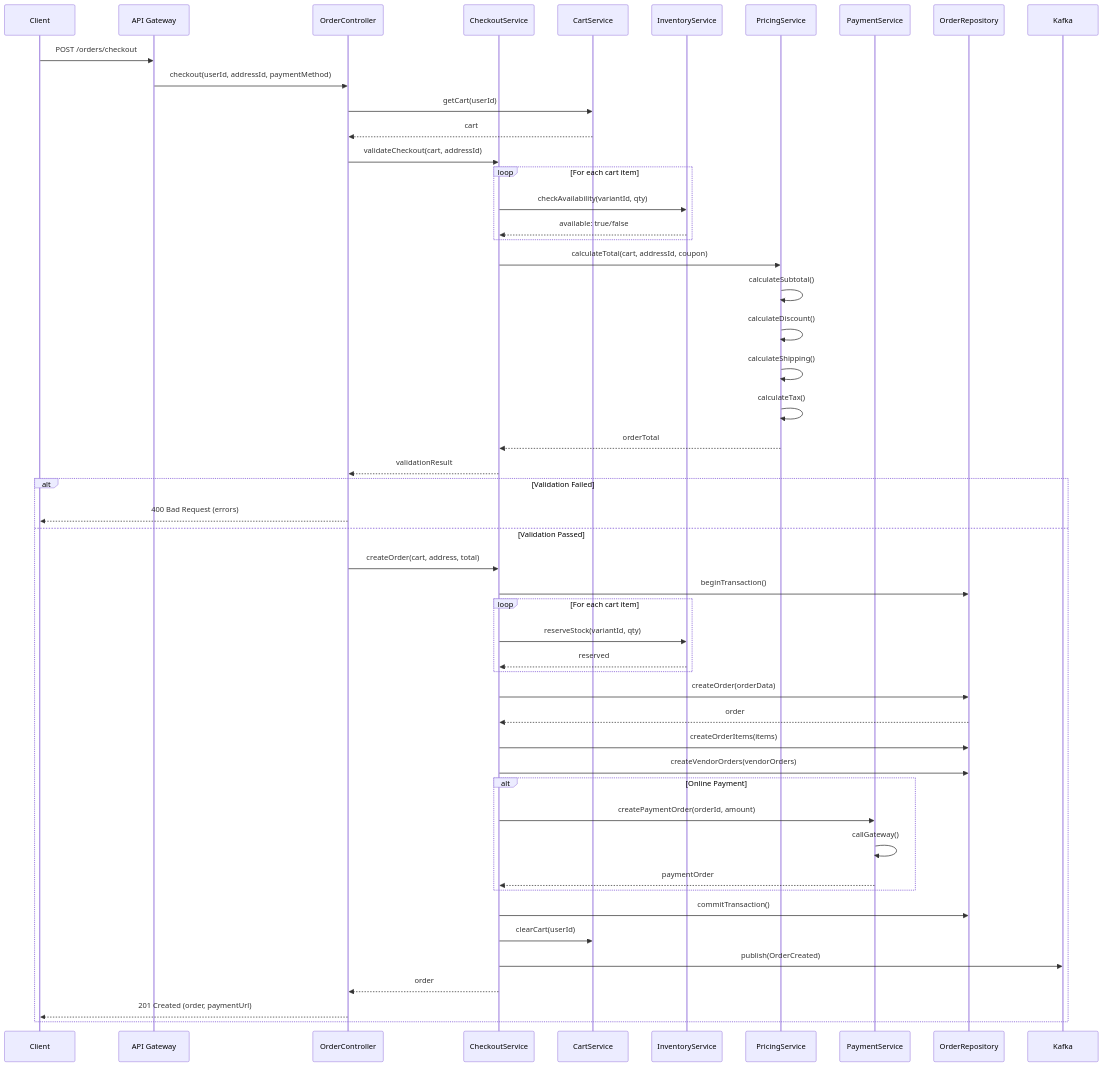
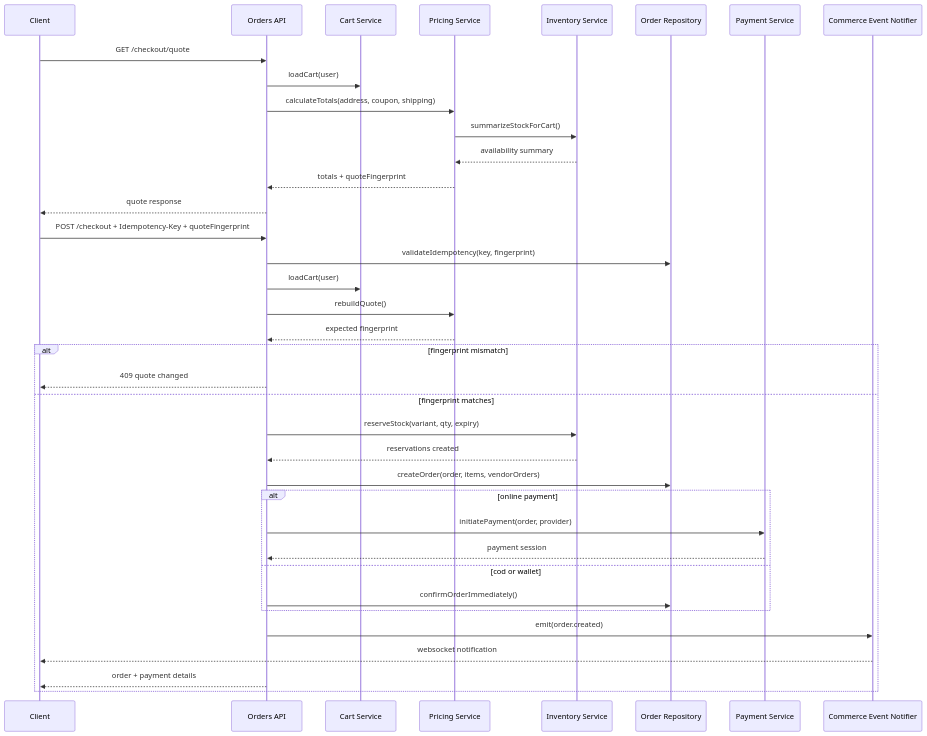
The first of 6 diagrams in docs/system-design/detailed-design/sequence-diagrams.md (0Ankit0/e-commerce), drawn with Mermaid before and after one commit. The commit also changed other lines of this file and 24 other files, not shown here.

````diff
--- a/docs/system-design/detailed-design/sequence-diagrams.md
+++ b/docs/system-design/detailed-design/sequence-diagrams.md
@@ -10,68 +10,44 @@
 ```mermaid
 sequenceDiagram
     participant Client
-    participant Gateway as API Gateway
-    participant OrderCtrl as OrderController
-    participant CheckoutSvc as CheckoutService
-    participant CartSvc as CartService
-    participant InventorySvc as InventoryService
-    participant PricingSvc as PricingService
-    participant PaymentSvc as PaymentService
-    participant OrderRepo as OrderRepository
-    participant EventBus as Kafka
+    participant API as Orders API
+    participant Cart as Cart Service
+    participant Pricing as Pricing Service
+    participant Inventory as Inventory Service
+    participant OrderRepo as Order Repository
+    participant Pay as Payment Service
+    participant Notify as Commerce Event Notifier
 
-    Client->>Gateway: POST /orders/checkout
-    Gateway->>OrderCtrl: checkout(userId, addressId, paymentMethod)
+    Client->>API: GET /checkout/quote
+    API->>Cart: loadCart(user)
+    API->>Pricing: calculateTotals(address, coupon, shipping)
+    Pricing->>Inventory: summarizeStockForCart()
+    Inventory-->>Pricing: availability summary
+    Pricing-->>API: totals + quoteFingerprint
+    API-->>Client: quote response
 
-    OrderCtrl->>CartSvc: getCart(userId)
-    CartSvc-->>OrderCtrl: cart
+    Client->>API: POST /checkout + Idempotency-Key + quoteFingerprint
+    API->>OrderRepo: validateIdempotency(key, fingerprint)
+    API->>Cart: loadCart(user)
+    API->>Pricing: rebuildQuote()
+    Pricing-->>API: expected fingerprint
 
-    OrderCtrl->>CheckoutSvc: validateCheckout(cart, addressId)
+    alt fingerprint mismatch
+        API-->>Client: 409 quote changed
+    else fingerprint matches
+        API->>Inventory: reserveStock(variant, qty, expiry)
+        Inventory-->>API: reservations created
+        API->>OrderRepo: createOrder(order, items, vendorOrders)
 
-    loop For each cart item
-        CheckoutSvc->>InventorySvc: checkAvailability(variantId, qty)
-        InventorySvc-->>CheckoutSvc: available: true/false
-    end
-
-    CheckoutSvc->>PricingSvc: calculateTotal(cart, addressId, coupon)
-    PricingSvc->>PricingSvc: calculateSubtotal()
-    PricingSvc->>PricingSvc: calculateDiscount()
-    PricingSvc->>PricingSvc: calculateShipping()
-    PricingSvc->>PricingSvc: calculateTax()
-    PricingSvc-->>CheckoutSvc: orderTotal
-
-    CheckoutSvc-->>OrderCtrl: validationResult
-
-    alt Validation Failed
-        OrderCtrl-->>Client: 400 Bad Request (errors)
-    else Validation Passed
-        OrderCtrl->>CheckoutSvc: createOrder(cart, address, total)
-
-        CheckoutSvc->>OrderRepo: beginTransaction()
-
-        loop For each cart item
-            CheckoutSvc->>InventorySvc: reserveStock(variantId, qty)
-            InventorySvc-->>CheckoutSvc: reserved
+        alt online payment
+            API->>Pay: initiatePayment(order, provider)
+            Pay-->>API: payment session
+        else cod or wallet
+            API->>OrderRepo: confirmOrderImmediately()
         end
 
-        CheckoutSvc->>OrderRepo: createOrder(orderData)
-        OrderRepo-->>CheckoutSvc: order
-
-        CheckoutSvc->>OrderRepo: createOrderItems(items)
-        CheckoutSvc->>OrderRepo: createVendorOrders(vendorOrders)
-
-        alt Online Payment
-            CheckoutSvc->>PaymentSvc: createPaymentOrder(orderId, amount)
-            PaymentSvc->>PaymentSvc: callGateway()
-            PaymentSvc-->>CheckoutSvc: paymentOrder
-        end
-
-        CheckoutSvc->>OrderRepo: commitTransaction()
-        CheckoutSvc->>CartSvc: clearCart(userId)
-
-        CheckoutSvc->>EventBus: publish(OrderCreated)
-
-        CheckoutSvc-->>OrderCtrl: order
-        OrderCtrl-->>Client: 201 Created (order, paymentUrl)
+        API->>Notify: emit(order.created)
+        Notify-->>Client: websocket notification
+        API-->>Client: order + payment details
     end
 ```
````
